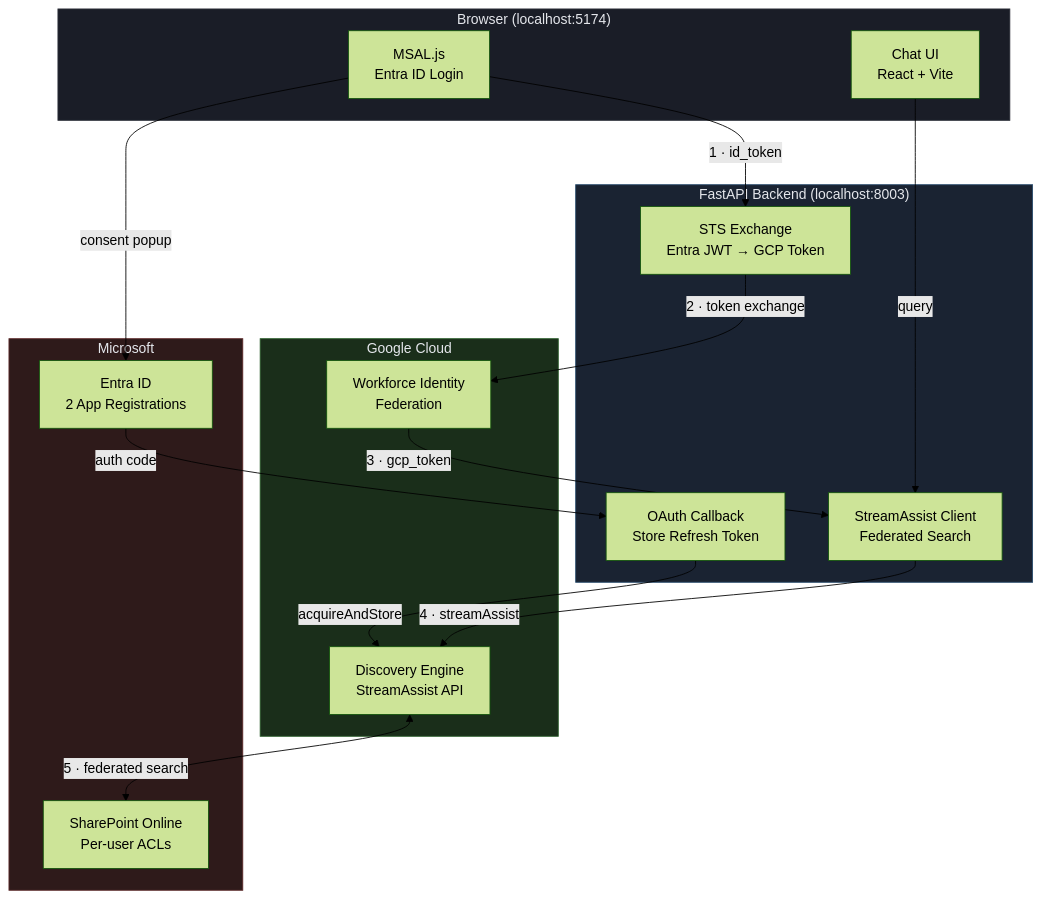
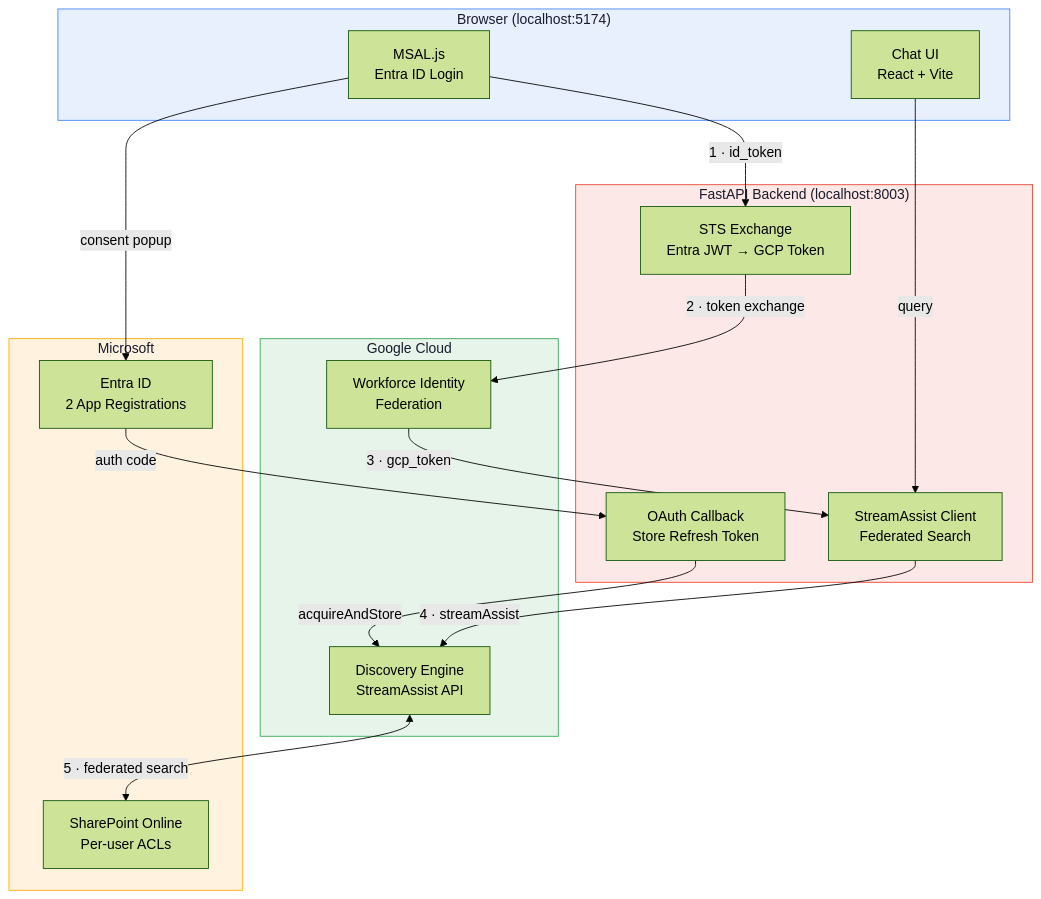
Before and after one commit to jchavezar/vertex-ai-samples: the first of 2 diagrams in semiautonomous-agents/streamassist-oauth-flow/README.md, drawn with Mermaid (forest theme). The commit also changed other lines of this file, not shown here.

Commit message:
style(streamassist-oauth-flow): switch mermaid diagrams to light theme

````diff
--- a/semiautonomous-agents/streamassist-oauth-flow/README.md
+++ b/semiautonomous-agents/streamassist-oauth-flow/README.md
@@ -19,38 +19,38 @@
 ```mermaid
 flowchart TB
     subgraph Browser["Browser (localhost:5174)"]
         MSAL["MSAL.js<br/>Entra ID Login"]
         Chat["Chat UI<br/>React + Vite"]
     end
 
     subgraph Backend["FastAPI Backend (localhost:8003)"]
         STS["STS Exchange<br/>Entra JWT → GCP Token"]
         CB["OAuth Callback<br/>Store Refresh Token"]
         SA["StreamAssist Client<br/>Federated Search"]
     end
 
     subgraph GCP["Google Cloud"]
         WIF["Workforce Identity<br/>Federation"]
         DE["Discovery Engine<br/>StreamAssist API"]
     end
 
     subgraph Microsoft["Microsoft"]
         Entra["Entra ID<br/>2 App Registrations"]
         SP["SharePoint Online<br/>Per-user ACLs"]
     end
 
     MSAL --> |"1 · id_token"| STS
     STS --> |"2 · token exchange"| WIF
     WIF --> |"3 · gcp_token"| SA
     SA --> |"4 · streamAssist"| DE
     DE <--> |"5 · federated search"| SP
     Chat --> |"query"| SA
     MSAL --> |"consent popup"| Entra
     Entra --> |"auth code"| CB
     CB --> |"acquireAndStore"| DE
 
-    style Browser fill:#1a1d27,color:#e4e6eb,stroke:#2a2d37
-    style Backend fill:#1a2332,color:#e4e6eb,stroke:#2a4d6e
-    style GCP fill:#1a2e1a,color:#e4e6eb,stroke:#2a5d2a
-    style Microsoft fill:#2e1a1a,color:#e4e6eb,stroke:#5d2a2a
+    style Browser fill:#e8f0fe,color:#1a1a2e,stroke:#4285f4
+    style Backend fill:#fce8e6,color:#1a1a2e,stroke:#ea4335
+    style GCP fill:#e6f4ea,color:#1a1a2e,stroke:#34a853
+    style Microsoft fill:#fff3e0,color:#1a1a2e,stroke:#f9ab00
 ```
````
